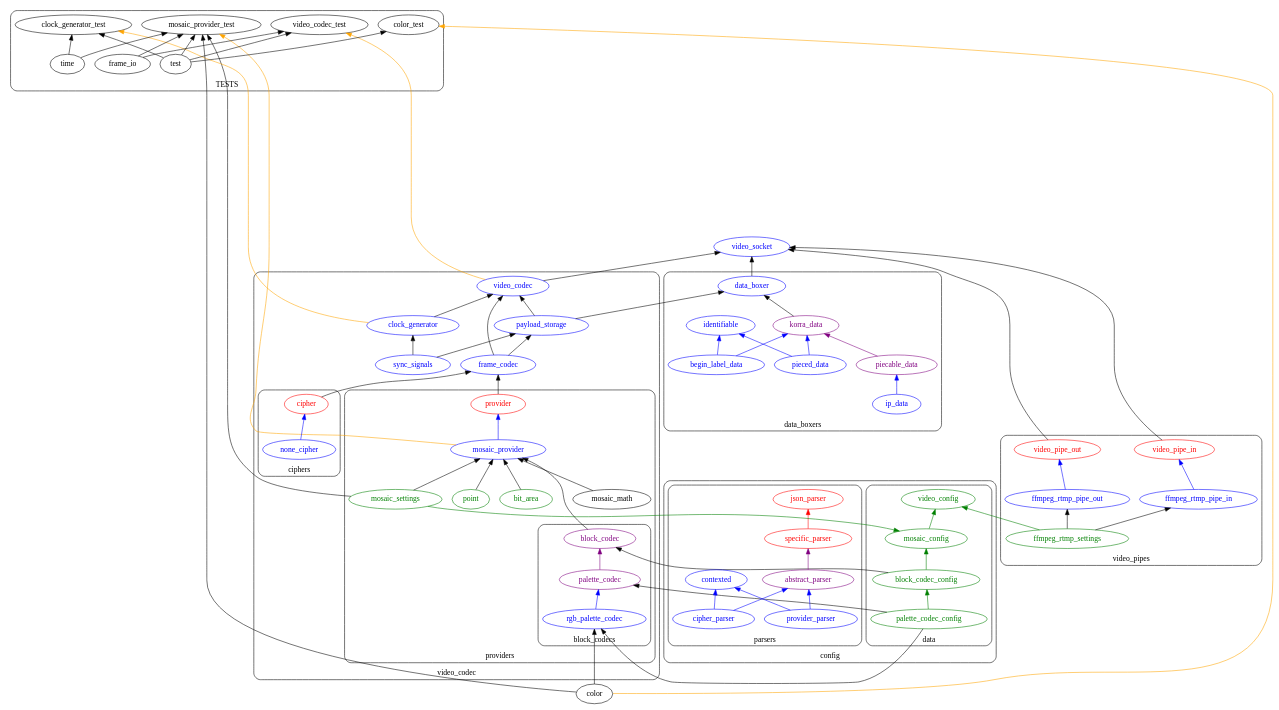
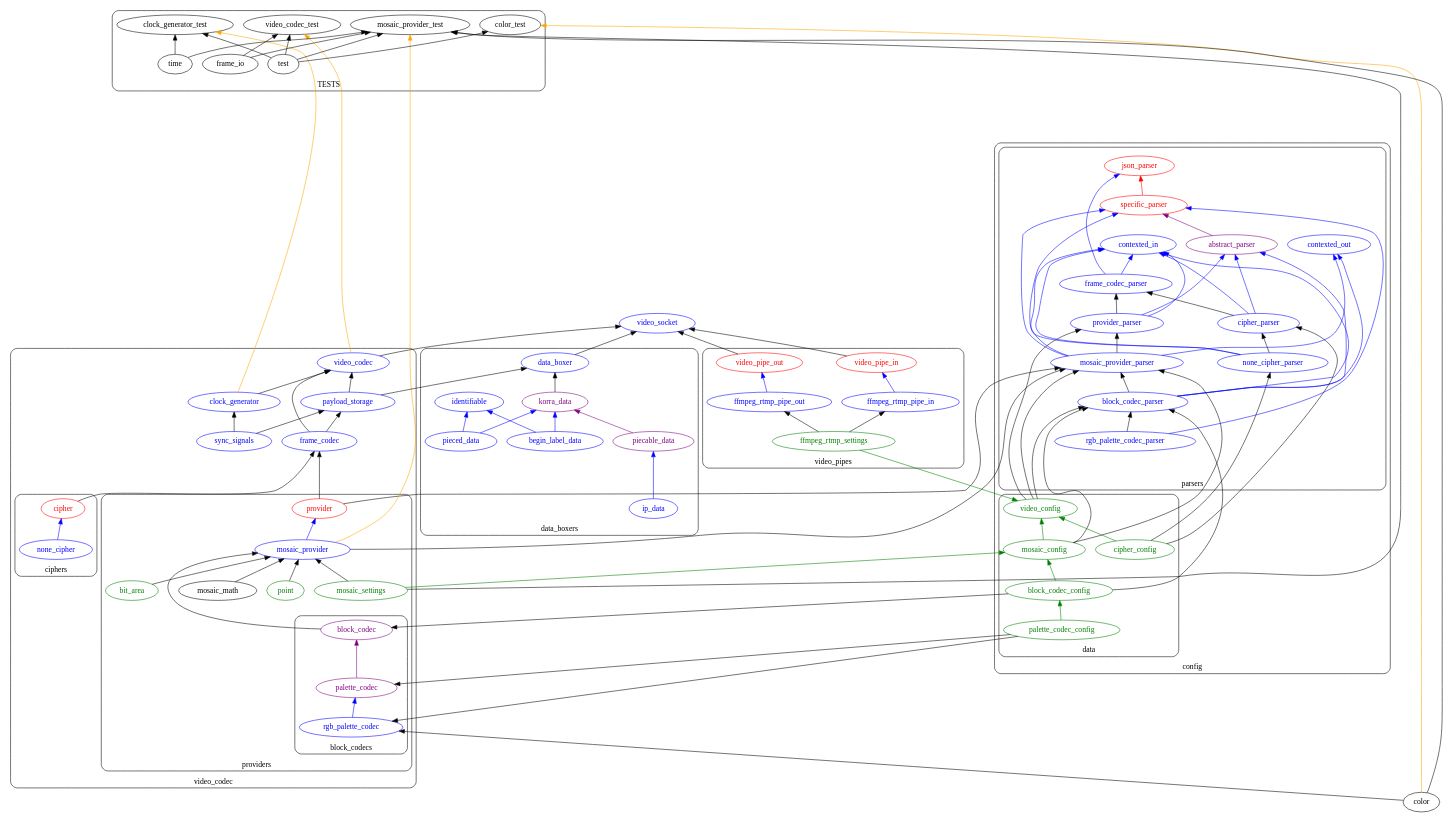
Before and after one commit to libera-cifero/Korra: the diagram in docs/architecture.dot, drawn with Graphviz. The commit also changed 1 other file, not shown here.

```diff
--- a/docs/architecture.dot
+++ b/docs/architecture.dot
@@ -14,8 +14,10 @@
                 mosaic_config [color=green; fontcolor=green;];
                 block_codec_config [color=green; fontcolor=green;];
                 palette_codec_config [color=green; fontcolor=green;];
+                cipher_config [color = green; fontcolor=green;]
 
                 mosaic_config->video_config [color=green;];
+                cipher_config -> video_config [color = green;];
                 block_codec_config->mosaic_config [color=green;];
                 palette_codec_config->block_codec_config [color=green;];
             }
@@ -23,21 +25,87 @@
                 label="parsers";
                 style=rounded;
 
-                json_parser [color=red;fontcolor=red;];
-                specific_parser[color=red; fontcolor=red;];
-                abstract_parser [color = purple; fontcolor=purple;];
-                cipher_parser [color = blue; fontcolor=blue; ];
-                provider_parser [color = blue; fontcolor=blue; ];
+                subgraph cluster_base{
+                    label="";
+                    color=none;
+                    json_parser [color=red;fontcolor=red;];
+                    specific_parser[color=red; fontcolor=red;];
+                    abstract_parser [color = purple; fontcolor=purple;];
+                    contexted_in[color=blue; fontcolor=blue;];
+                    contexted_out [color=blue; fontcolor=blue;];
 
-                contexted[color=blue; fontcolor=blue;];
+                    specific_parser->json_parser [color=red; ];
+                    abstract_parser->specific_parser [color=purple;]; 
+                }
 
-                specific_parser->json_parser [color=red;];
-                abstract_parser->specific_parser [color=purple; ];
-                cipher_parser->abstract_parser [color=blue;];
-                cipher_parser->contexted [color=blue;];
-                provider_parser->abstract_parser [color=blue;];
-                provider_parser->contexted [color=blue;];
+                subgraph cluster_children {
+                    color=none;
+                    label="";
+                    subgraph cluster_frame_codec{
+                    #    color=black;
+                        #label="frame_codec"
+                        frame_codec_parser [color=blue; fontcolor=blue;];
+                        subgraph cluster_provider{
+                        #    label="provider"
+                            provider_parser [color = blue; fontcolor=blue; ];
+                            subgraph cluster_mosaic{    
+                        #        label="mosaic"
+                                mosaic_provider_parser [color=blue; fontcolor=blue;];
+                                subgraph cluster_block_codec{
+                        #            label="block_codec"
+                                    block_codec_parser [color=blue; fontcolor=blue;];
+                                    rgb_palette_codec_parser [color=blue; fontcolor=blue;];
+                                    #block_codec_parser->rgb_palette_codec_parser;
+                                    rgb_palette_codec_parser->block_codec_parser;
+                                    rgb_palette_codec_parser->specific_parser [color=blue; ];
+                                }
+                                block_codec_parser->mosaic_provider_parser;
+                            }
+                        }
+                        subgraph cluster_cipher{
+                           
+                            cipher_parser [color = blue; fontcolor=blue; ];
+                            none_cipher_parser [color=blue; fontcolor=blue;];
+                        }
+                    }
+                }
+                
+                frame_codec_parser->json_parser [color=blue; minlen=2;];
+                frame_codec_parser->contexted_in [color = blue; minlen=2;];
+
+                cipher_parser->abstract_parser [color=blue;minlen=2;];
+                cipher_parser->contexted_in [color=blue;minlen=2;];
+                cipher_parser->frame_codec_parser;
+
+                none_cipher_parser->specific_parser [color=blue; minlen=2;];
+                none_cipher_parser->contexted_in [color=blue;minlen=2;];
+                none_cipher_parser->cipher_parser;
+                
+                provider_parser->abstract_parser [color=blue;minlen=2;];
+                provider_parser->contexted_in [color=blue;minlen=2;];
+                provider_parser->frame_codec_parser;
+                
+                mosaic_provider_parser->specific_parser [color=blue;minlen=2;];
+                mosaic_provider_parser->provider_parser;
+                mosaic_provider_parser->contexted_in [color=blue; minlen=2;];
+                mosaic_provider_parser->contexted_out [color=blue;minlen=2;];
+                mosaic_config->mosaic_provider_parser [minlen=2;];
+                video_config->mosaic_provider_parser [minlen=2;];
+                
+                block_codec_parser->abstract_parser [color=blue;minlen=2;];
+                block_codec_parser->contexted_in [color=blue;minlen=2;];
+                block_codec_parser->contexted_out [color=blue;minlen=2;];
+                block_codec_config->block_codec_parser [minlen=2;];
+                mosaic_config->block_codec_parser [minlen=2;];
+                video_config->block_codec_parser [minlen=2;];
+
+               
+                
+                cipher_config->cipher_parser [minlen=2;];
+                cipher_config->none_cipher_parser [minlen=2;];
+                video_config->provider_parser [minlen=2;];
             }
+
         }
 
         subgraph cluster_data_boxers {
@@ -177,12 +245,15 @@
             ffmpeg_rtmp_settings->ffmpeg_rtmp_pipe_in;
             ffmpeg_rtmp_settings->ffmpeg_rtmp_pipe_out;
 
-            ffmpeg_rtmp_settings->video_config [color=green;];
         }
+
+        provider->mosaic_provider_parser [minlen = 15;];
+        mosaic_provider->mosaic_provider_parser [minlen = 15;];
+        ffmpeg_rtmp_settings->video_config [color=green; weight=0;];
 
         video_socket [color=blue; fontcolor=blue;];
         
-        video_codec->video_socket [weight=2;];
+        video_codec->video_socket;
         video_pipe_in->video_socket;
         video_pipe_out->video_socket;
 
```
